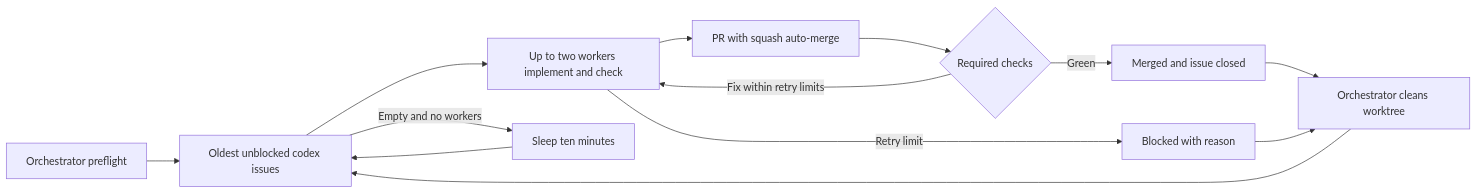
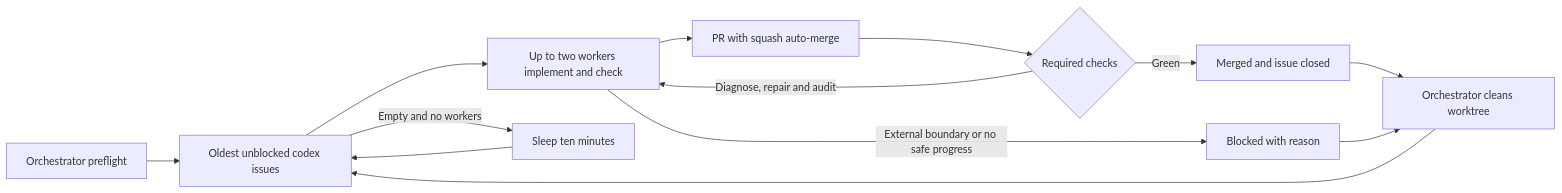
Before and after one commit to dgmolla/fitsy: the diagram in docs/engineering/devops/shipping-flow.md, drawn with Mermaid. The commit also changed other lines of this file and 14 other files, not shown here.

````diff
--- a/docs/engineering/devops/shipping-flow.md
+++ b/docs/engineering/devops/shipping-flow.md
@@ -10,15 +10,15 @@
 ```mermaid
 flowchart LR
     O[Orchestrator preflight] --> I[Oldest unblocked codex issues]
     I --> W[Up to two workers implement and check]
     W --> P[PR with squash auto-merge]
     P --> G{Required checks}
-    G -->|Fix within retry limits| W
+    G -->|Diagnose, repair and audit| W
     G -->|Green| M[Merged and issue closed]
-    W -->|Retry limit| B[Blocked with reason]
+    W -->|External boundary or no safe progress| B[Blocked with reason]
     M --> C[Orchestrator cleans worktree]
     B --> C
     C --> I
     I -->|Empty and no workers| S[Sleep ten minutes]
     S --> I
 ```
````
